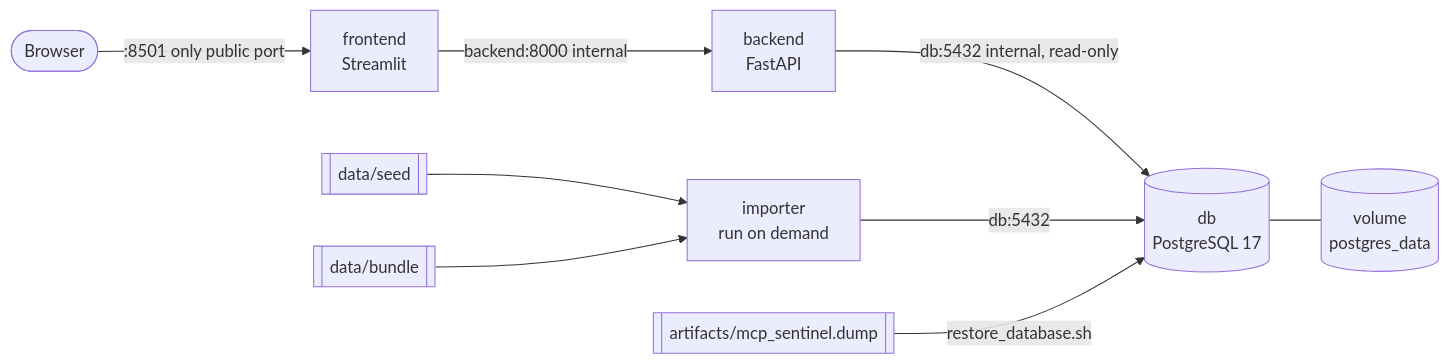
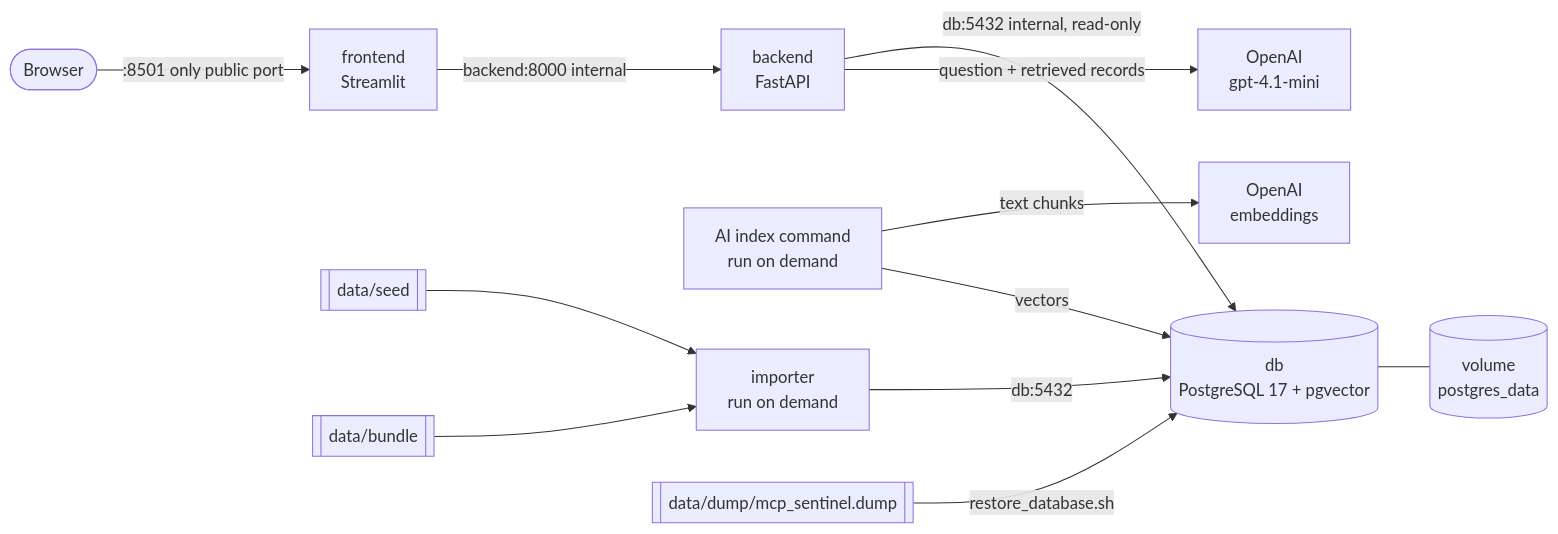
Before and after one commit to vokebetu/MCP-Sentinel: the diagram in DEPLOYMENT.md, drawn with Mermaid. The commit also changed other lines of this file and 1178 other files, not shown here.

````diff
--- a/DEPLOYMENT.md
+++ b/DEPLOYMENT.md
@@ -45,11 +51,14 @@
 ```mermaid
 flowchart LR
     user([Browser]) -->|:8501 only public port| fe[frontend<br/>Streamlit]
     fe -->|backend:8000 internal| be[backend<br/>FastAPI]
-    be -->|db:5432 internal, read-only| db[(db<br/>PostgreSQL 17)]
+    be -->|db:5432 internal, read-only| db[(db<br/>PostgreSQL 17 + pgvector)]
+    be -->|question + retrieved records| llm[OpenAI<br/>gpt-4.1-mini]
+    idx[AI index command<br/>run on demand] -->|text chunks| emb[OpenAI<br/>embeddings]
+    idx -->|vectors| db
     db --- vol[(volume<br/>postgres_data)]
     imp[importer<br/>run on demand] -->|db:5432| db
     seed[[data/seed]] --> imp
     bundle[[data/bundle]] --> imp
-    dump[[artifacts/mcp_sentinel.dump]] -->|restore_database.sh| db
+    dump[[data/dump/mcp_sentinel.dump]] -->|restore_database.sh| db
 ```
````
